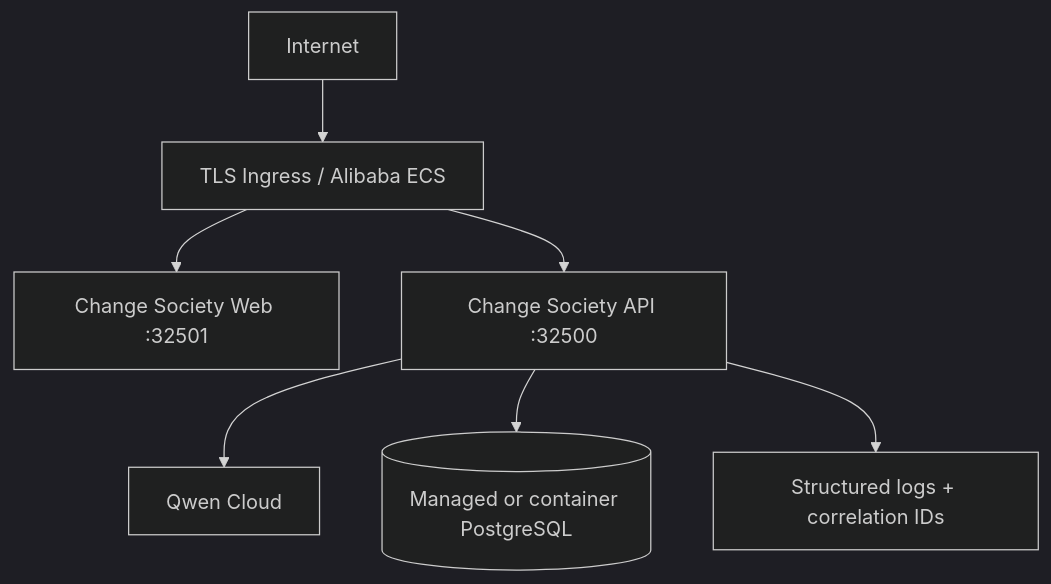
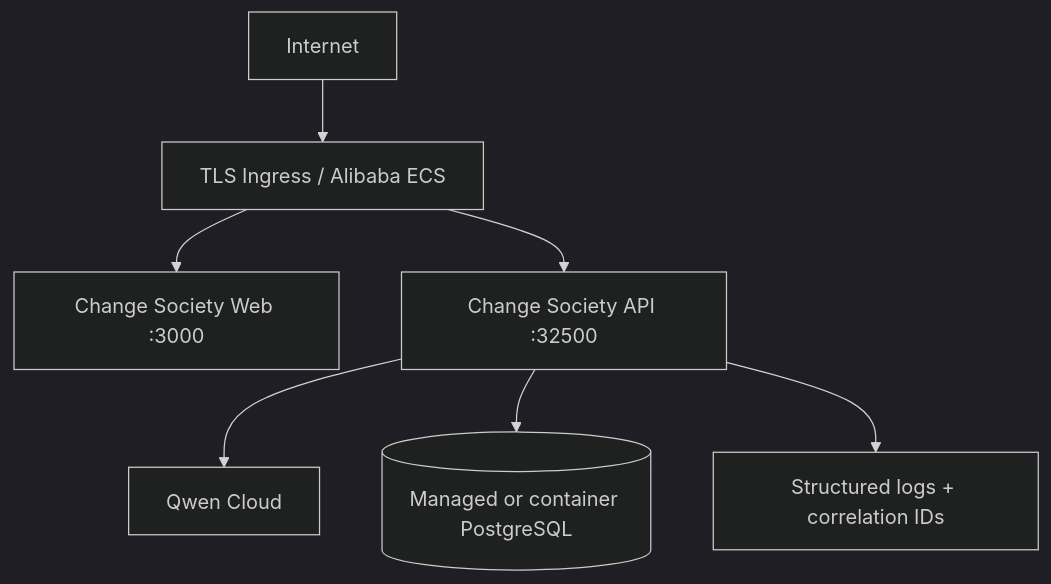
The diagram in docs/07-deployment-and-operations.md (Sepideh-Asadollahi/AgentCore-Hackathon), drawn with Mermaid (dark theme) before and after one commit. The commit also changed other lines of this file and 178 other files, not shown here.

````diff
--- a/docs/07-deployment-and-operations.md
+++ b/docs/07-deployment-and-operations.md
@@ -7,9 +7,9 @@
 ```mermaid
 flowchart TB
     Internet --> Ingress["TLS Ingress / Alibaba ECS"]
-    Ingress --> Web["Change Society Web :32501"]
+    Ingress --> Web["Change Society Web :3000"]
     Ingress --> API["Change Society API :32500"]
     API --> Qwen["Qwen Cloud"]
     API --> PG[("Managed or container PostgreSQL")]
     API --> Logs["Structured logs + correlation IDs"]
 ```
````
